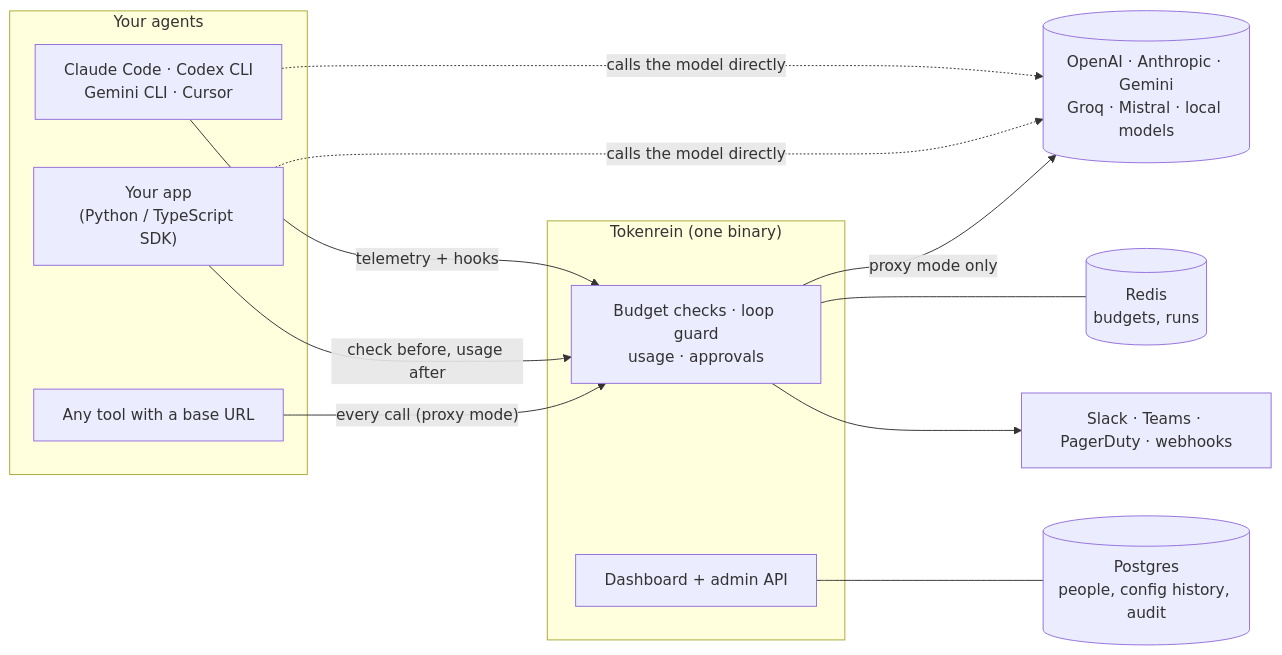
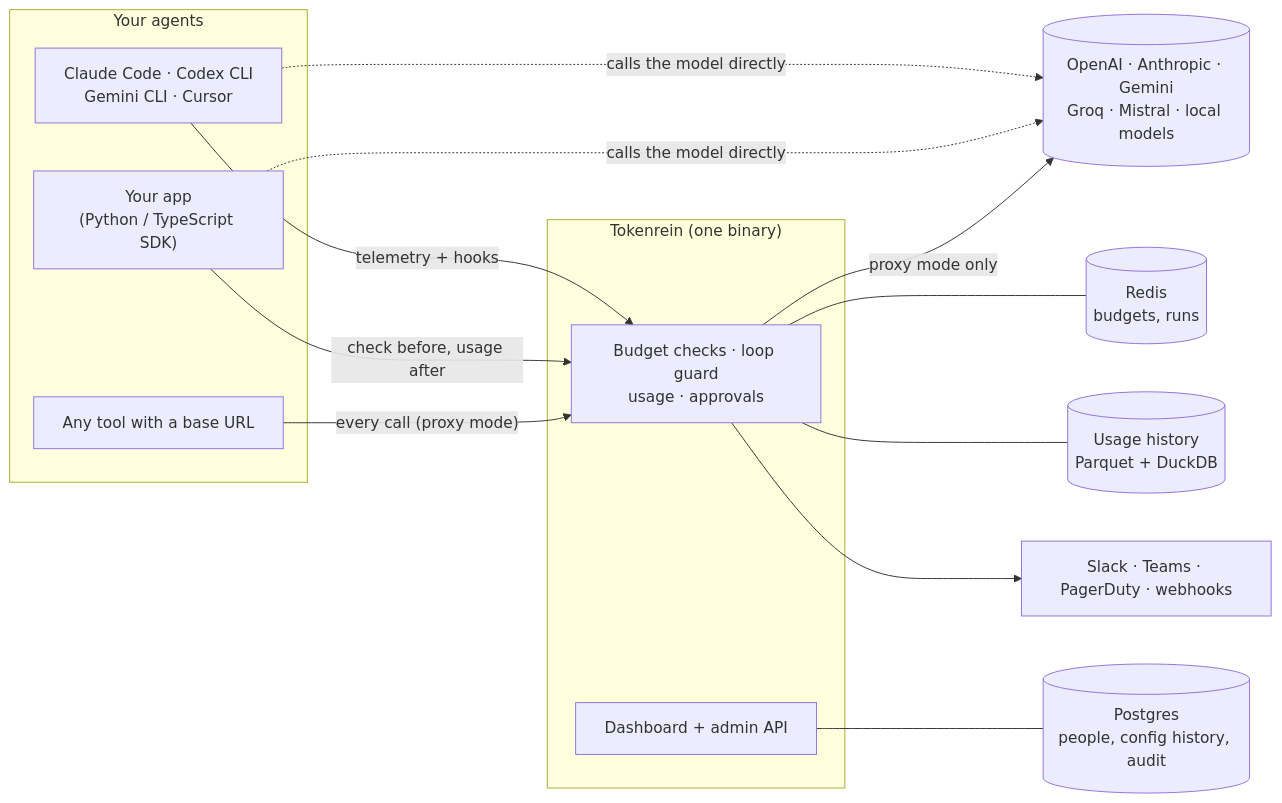
The first of 2 diagrams in README.md (tokenrein/tokenrein), drawn with Mermaid before and after one commit. The commit also changed other lines of this file and 25 other files, not shown here.

First line of the commit message:
Add usage history: Parquet files read with DuckDB 2.0

````diff
--- a/README.md
+++ b/README.md
@@ -23,26 +25,28 @@
 ```mermaid
 flowchart LR
   subgraph agents["Your agents"]
     cc["Claude Code · Codex CLI<br/>Gemini CLI · Cursor"]
     app["Your app<br/>(Python / TypeScript SDK)"]
     tool["Any tool with a base URL"]
   end
   llm[("OpenAI · Anthropic · Gemini<br/>Groq · Mistral · local models")]
   subgraph tr["Tokenrein (one binary)"]
     gate["Budget checks · loop guard<br/>usage · approvals"]
     dash["Dashboard + admin API"]
   end
   redis[("Redis<br/>budgets, runs")]
   pg[("Postgres<br/>people, config history, audit")]
+  hist[("Usage history<br/>Parquet + DuckDB")]
   out["Slack · Teams · PagerDuty · webhooks"]
 
   cc -- "telemetry + hooks" --> gate
   app -- "check before, usage after" --> gate
   cc -. "calls the model directly" .-> llm
   app -. "calls the model directly" .-> llm
   tool -- "every call (proxy mode)" --> gate
   gate -- "proxy mode only" --> llm
   gate --- redis
+  gate --- hist
   dash --- pg
   gate --> out
 ```
````
